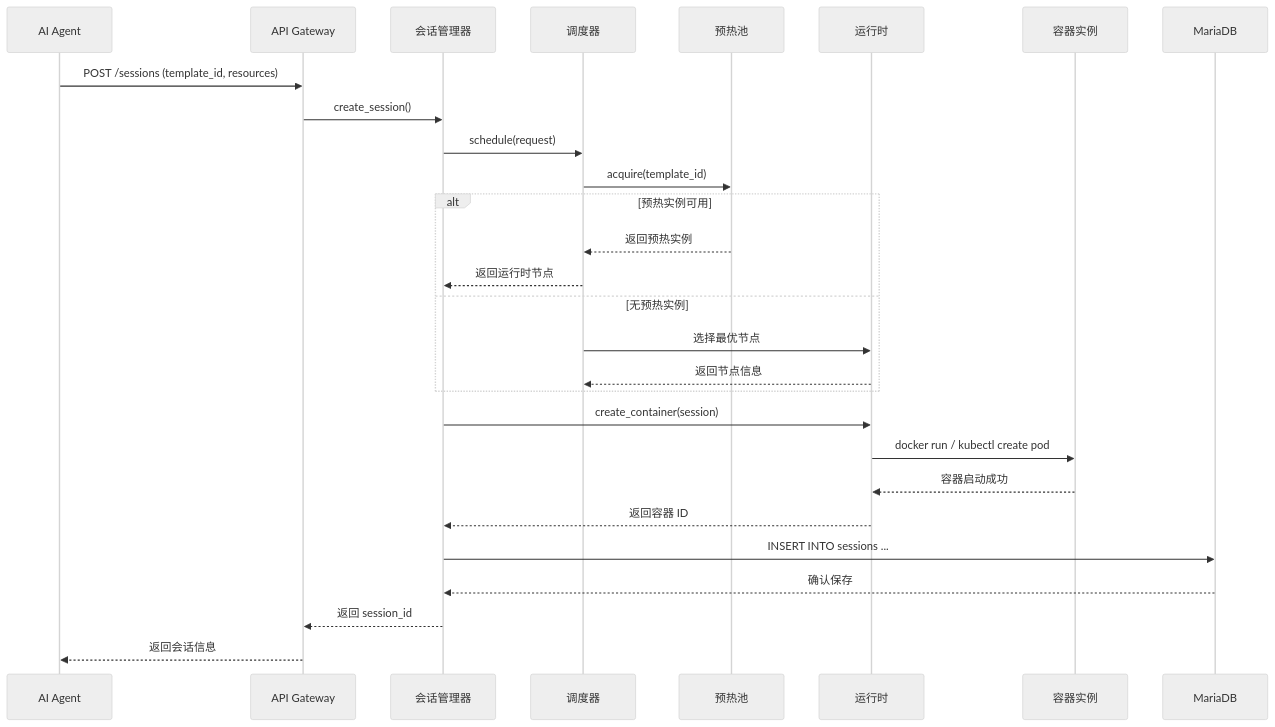
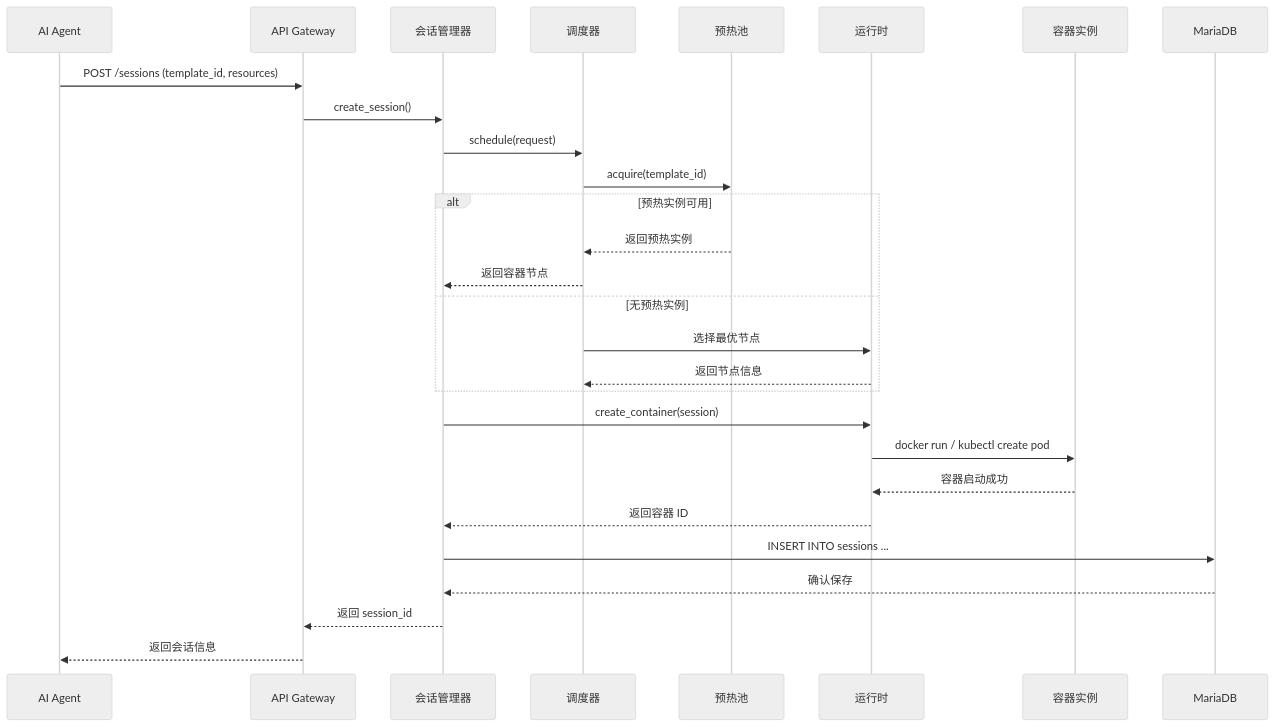
Before and after one commit to kweaver-ai/sandbox: the fourth of 13 diagrams in docs/sandbox-design-v2.1.md, drawn with Mermaid (neutral theme). The commit also changed other lines of this file and 8 other files, not shown here.

````diff
--- a/docs/sandbox-design-v2.1.md
+++ b/docs/sandbox-design-v2.1.md
@@ -1633,33 +1630,33 @@
 ```mermaid
 sequenceDiagram
     participant Agent as AI Agent
     participant API as API Gateway
     participant SessionMgr as 会话管理器
     participant Scheduler as 调度器
     participant WarmPool as 预热池
     participant Runtime as 运行时
     participant Container as 容器实例
     
     Agent->>API: POST /sessions (template_id, resources)
     API->>SessionMgr: create_session()
     SessionMgr->>Scheduler: schedule(request)
     
     Scheduler->>WarmPool: acquire(template_id)
     alt 预热实例可用
         WarmPool-->>Scheduler: 返回预热实例
-        Scheduler-->>SessionMgr: 返回运行时节点
+        Scheduler-->>SessionMgr: 返回容器节点
     else 无预热实例
         Scheduler->>Runtime: 选择最优节点
         Runtime-->>Scheduler: 返回节点信息
     end
     
     SessionMgr->>Runtime: create_container(session)
     Runtime->>Container: docker run / kubectl create pod
     Container-->>Runtime: 容器启动成功
     Runtime-->>SessionMgr: 返回容器 ID
 
     SessionMgr->>MariaDB: INSERT INTO sessions ...
     MariaDB-->>SessionMgr: 确认保存
     SessionMgr-->>API: 返回 session_id
     API-->>Agent: 返回会话信息
 ```
````
